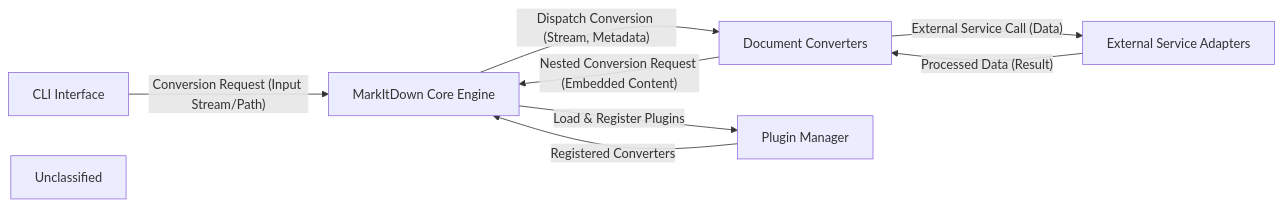
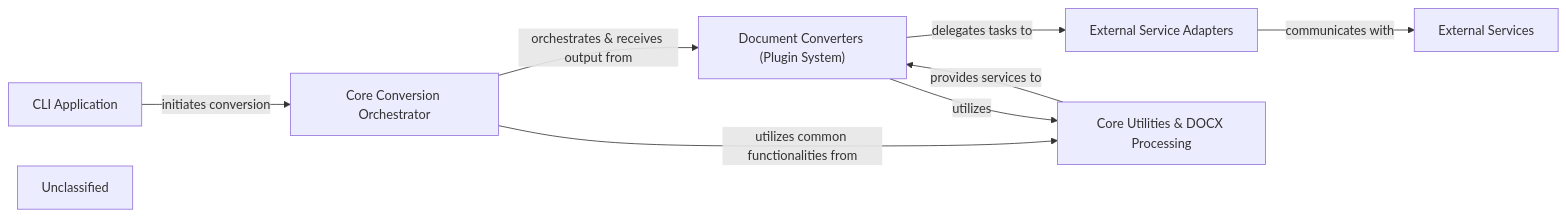
The diagram in markitdown/on_boarding.md (CodeBoarding/GeneratedOnBoardings), drawn with Mermaid before and after one commit. The commit also changed other lines of this file, not shown here.

````diff
--- a/markitdown/on_boarding.md
+++ b/markitdown/on_boarding.md
@@ -1,16 +1,17 @@
 ```mermaid
 graph LR
-    CLI_Interface["CLI Interface"]
-    MarkItDown_Core_Engine["MarkItDown Core Engine"]
-    Document_Converters["Document Converters"]
-    Plugin_Manager["Plugin Manager"]
+    CLI_Application["CLI Application"]
+    Core_Conversion_Orchestrator["Core Conversion Orchestrator"]
+    Document_Converters_Plugin_System_["Document Converters (Plugin System)"]
     External_Service_Adapters["External Service Adapters"]
+    Core_Utilities_DOCX_Processing["Core Utilities & DOCX Processing"]
+    External_Services["External Services"]
     Unclassified["Unclassified"]
-    CLI_Interface -- "Conversion Request (Input Stream/Path)" --> MarkItDown_Core_Engine
-    MarkItDown_Core_Engine -- "Dispatch Conversion (Stream, Metadata)" --> Document_Converters
-    MarkItDown_Core_Engine -- "Load & Register Plugins" --> Plugin_Manager
-    Document_Converters -- "External Service Call (Data)" --> External_Service_Adapters
-    External_Service_Adapters -- "Processed Data (Result)" --> Document_Converters
-    Document_Converters -- "Nested Conversion Request (Embedded Content)" --> MarkItDown_Core_Engine
-    Plugin_Manager -- "Registered Converters" --> MarkItDown_Core_Engine
+    CLI_Application -- "initiates conversion" --> Core_Conversion_Orchestrator
+    Core_Conversion_Orchestrator -- "orchestrates & receives output from" --> Document_Converters_Plugin_System_
+    Core_Conversion_Orchestrator -- "utilizes common functionalities from" --> Core_Utilities_DOCX_Processing
+    Document_Converters_Plugin_System_ -- "utilizes" --> Core_Utilities_DOCX_Processing
+    Document_Converters_Plugin_System_ -- "delegates tasks to" --> External_Service_Adapters
+    External_Service_Adapters -- "communicates with" --> External_Services
+    Core_Utilities_DOCX_Processing -- "provides services to" --> Document_Converters_Plugin_System_
 ```
````
